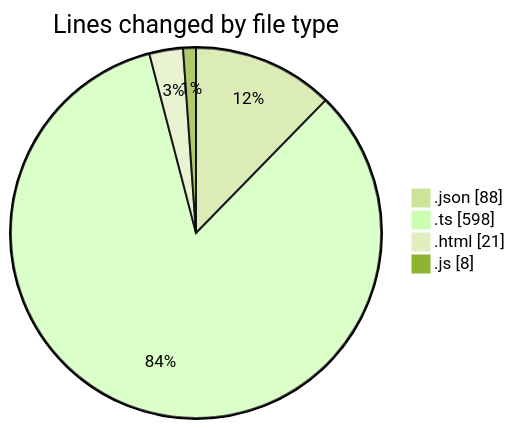
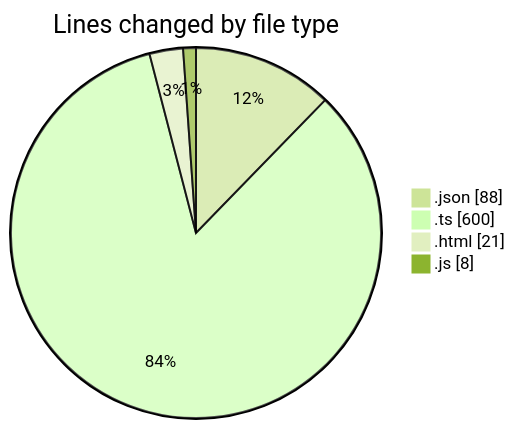
The first of 2 diagrams in 2026-02-02/singularitybrainai/README.md (tmsrecording-cyber/code-tracking), drawn with Mermaid (forest theme) before and after one commit. The commit also changed other lines of this file and 1 other file, not shown here.

````diff
--- a/2026-02-02/singularitybrainai/README.md
+++ b/2026-02-02/singularitybrainai/README.md
@@ -26,8 +26,8 @@
 ```mermaid
 pie showData
 title Lines changed by file type
 ".json" : 88
-".ts" : 598
+".ts" : 600
 ".html" : 21
 ".js" : 8
 ```
````
